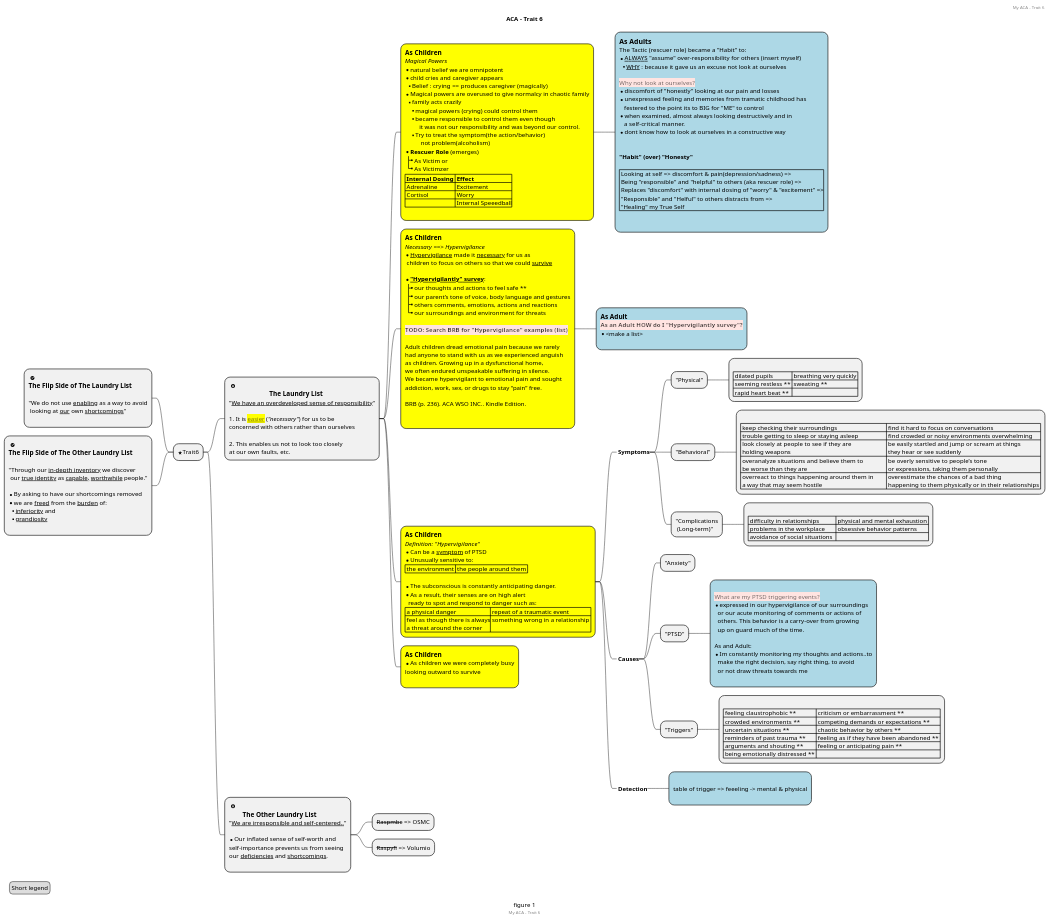
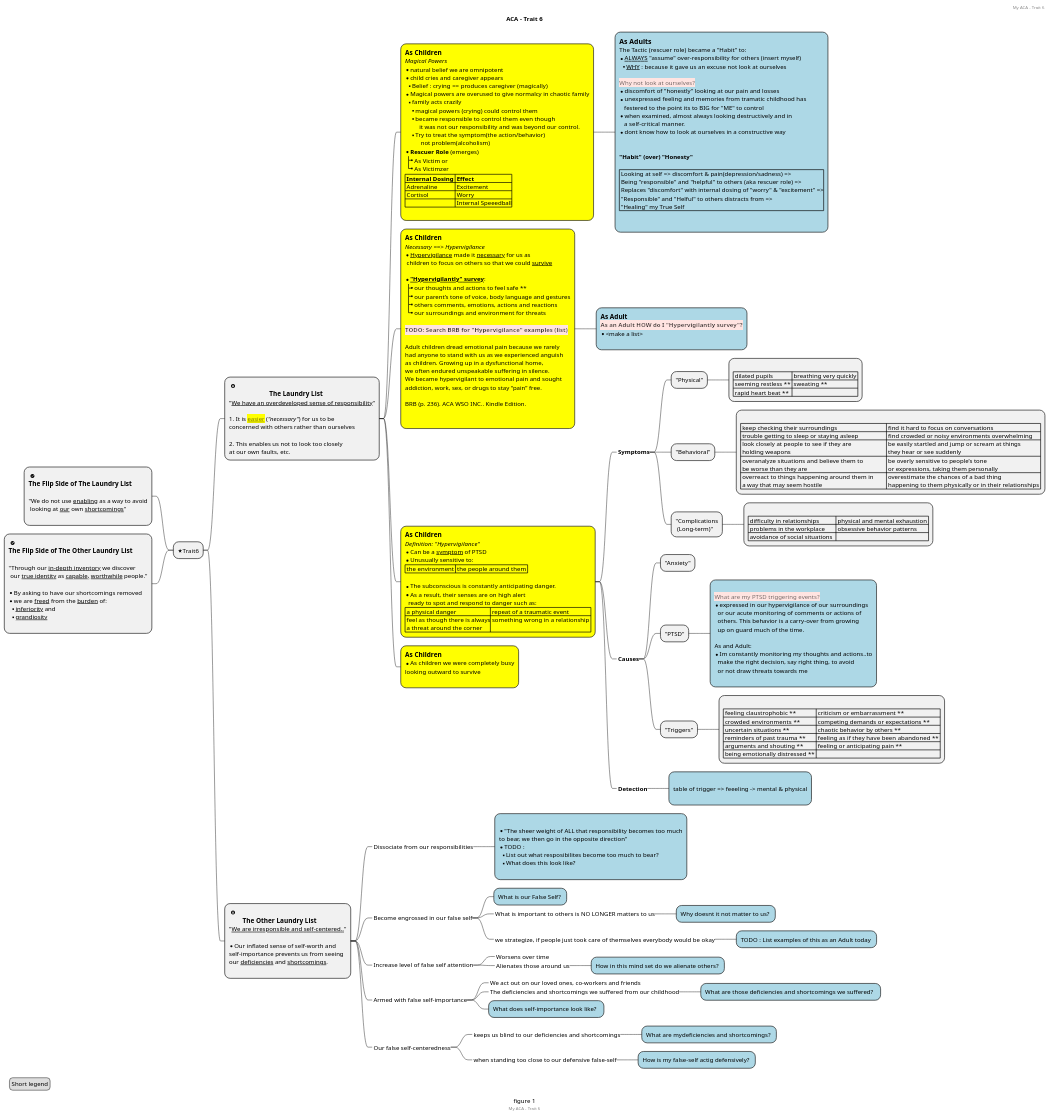
One commit to martinwEIS/martinw.sp.strangerpings-diagrams changed the diagram in source/plantuml/ACA_example/mindmap/test-mindmap.puml. Above: the diagram before and after it, drawn with PlantUML.

```diff
--- a/source/plantuml/ACA_example/mindmap/test-mindmap.puml
+++ b/source/plantuml/ACA_example/mindmap/test-mindmap.puml
@@ -179,8 +179,47 @@
 self-importance prevents us from seeing
 our <u>deficiencies</u> and <u>shortcomings</u>.
 ;
-*** <s>Raspmbc</s> => OSMC
-*** <s>Raspyfi</s> => Volumio
+***_ Dissociate from our responsibilities
+****:
+* "The sheer weight of ALL that responsibility becomes too much
+to bear, we then go in the opposite direction"
+* TODO :
+** List out what resposibilites become too much to bear?
+** What does this look like?
+; <<asAdult>>
+
+***_ Become engrossed in our false self
+**** What is our False Self? <<asAdult>>
+****_ What is important to others is NO LONGER matters to us
+***** Why doesnt it not matter to us? <<asAdult>>
+****_ we strategize, if people just took care of themselves everybody would be okay
+***** TODO : List examples of this as an Adult today <<asAdult>>
+
+***_ Increase level of false self attention
+****_ Worsens over time
+****_ Alienates those around us
+***** How in this mind set do we alienate others? <<asAdult>>
+
+***_ Armed with false self-importance
+****_ We act out on our loved ones, co-workers and friends
+****_ The deficiencies and shortcomings we suffered from our childhood
+***** What are those deficiencies and shortcomings we suffered?  <<asAdult>>
+**** What does self-importance look like?  <<asAdult>>
+
+***_ Our false self-centeredness
+****_ keeps us blind to our deficiencies and shortcomings
+***** What are mydeficiencies and shortcomings? <<asAdult>>
+****_ when standing too close to our defensive false-self
+***** How is my false-self actig defensively? <<asAdult>>
+
+
+
+
+
+
+
+
+'==========LEFT SIDE=================
 
 left side
 
```
